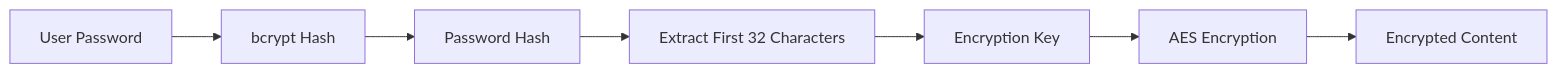
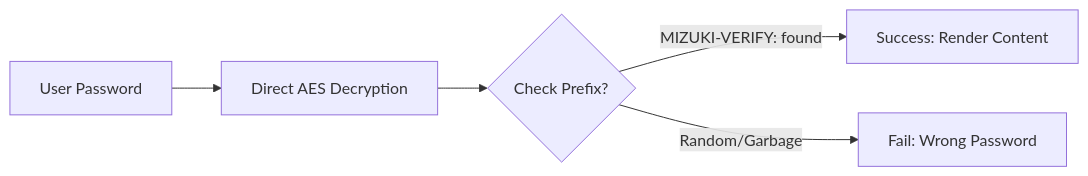
The diagram in src/content/posts/encrypted-post.md (yCENzh/Mizuki), drawn with Mermaid before and after one commit. The commit also changed 6 other files, not shown here.

````diff
--- a/src/content/posts/encrypted-post.md
+++ b/src/content/posts/encrypted-post.md
@@ -92,9 +92,7 @@
 ```mermaid
 graph LR
-    A[User Password] --> B[bcrypt Hash]
-    B --> C[Password Hash]
-    C --> D[Extract First 32 Characters]
-    D --> E[Encryption Key]
-    E --> F[AES Encryption]
-    F --> G[Encrypted Content]
+    A[User Password] --> B[Direct AES Decryption]
+    B --> C{Check Prefix?}
+    C -- "MIZUKI-VERIFY:" found --> D[Success: Render Content]
+    C -- Random/Garbage --> E[Fail: Wrong Password]
 ```
````
